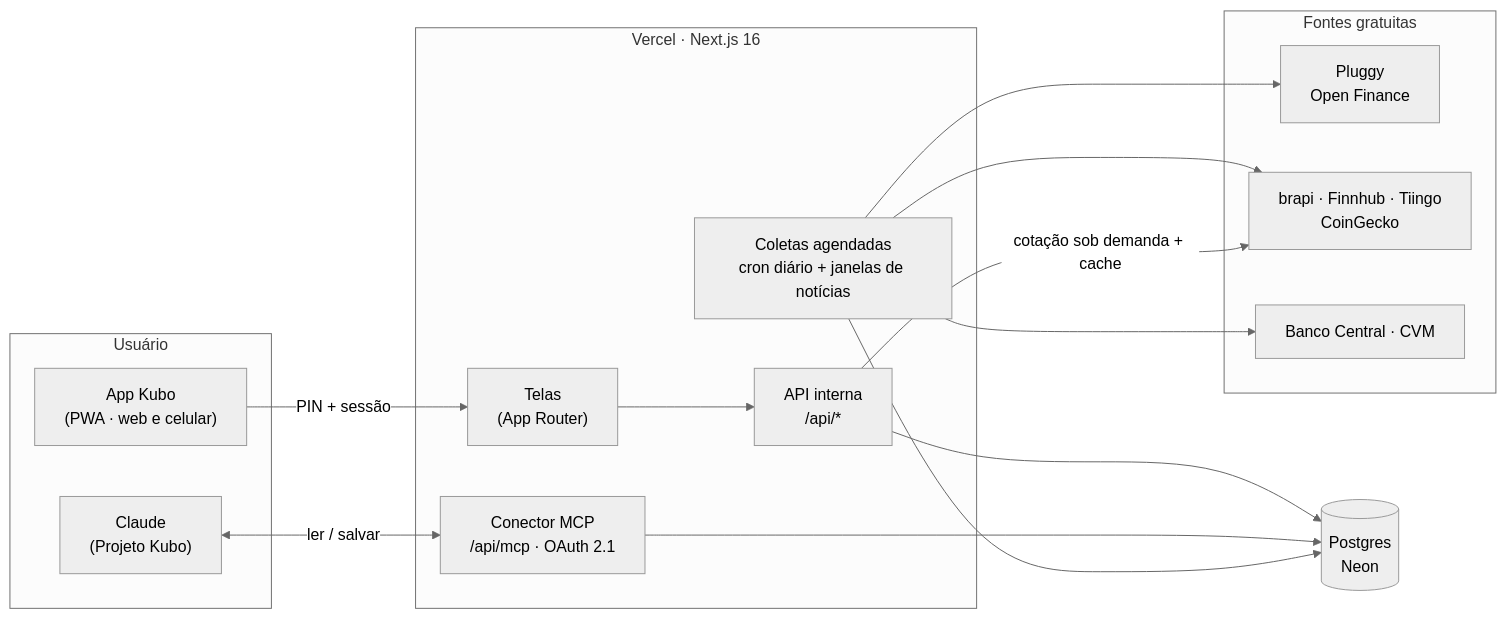
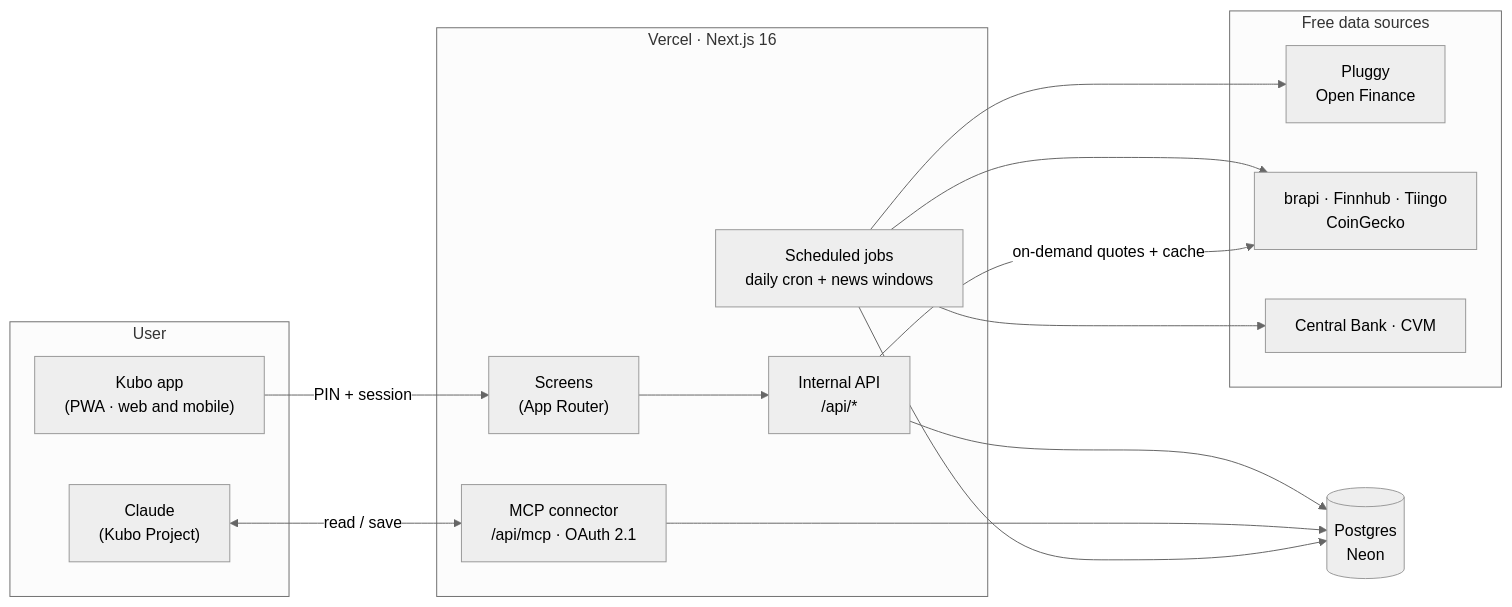
The diagram in README.md (cxrlos99leonel/kubo-app), drawn with Mermaid (neutral theme) before and after one commit. The commit also changed other lines of this file and 1 other file, not shown here.

````diff
--- a/README.md
+++ b/README.md
@@ -91,28 +96,28 @@
 ```mermaid
 flowchart LR
-    subgraph Usuário
-        PWA["App Kubo<br/>(PWA · web e celular)"]
-        Claude["Claude<br/>(Projeto Kubo)"]
+    subgraph User
+        PWA["Kubo app<br/>(PWA · web and mobile)"]
+        Claude["Claude<br/>(Kubo Project)"]
     end
 
     subgraph Vercel["Vercel · Next.js 16"]
-        UI["Telas<br/>(App Router)"]
-        API["API interna<br/>/api/*"]
-        MCP["Conector MCP<br/>/api/mcp · OAuth 2.1"]
-        CRON["Coletas agendadas<br/>cron diário + janelas de notícias"]
+        UI["Screens<br/>(App Router)"]
+        API["Internal API<br/>/api/*"]
+        MCP["MCP connector<br/>/api/mcp · OAuth 2.1"]
+        CRON["Scheduled jobs<br/>daily cron + news windows"]
     end
 
     DB[("Postgres<br/>Neon")]
 
-    subgraph Fontes["Fontes gratuitas"]
+    subgraph Sources["Free data sources"]
         Pluggy["Pluggy<br/>Open Finance"]
-        Mercado["brapi · Finnhub · Tiingo<br/>CoinGecko"]
-        Oficiais["Banco Central · CVM"]
+        Market["brapi · Finnhub · Tiingo<br/>CoinGecko"]
+        Official["Central Bank · CVM"]
     end
 
-    PWA -->|PIN + sessão| UI --> API --> DB
-    Claude <-->|ler / salvar| MCP --> DB
+    PWA -->|PIN + session| UI --> API --> DB
+    Claude <-->|read / save| MCP --> DB
     CRON --> DB
-    CRON --> Pluggy & Mercado & Oficiais
-    API -->|cotação sob demanda + cache| Mercado
+    CRON --> Pluggy & Market & Official
+    API -->|on-demand quotes + cache| Market
 ```
````
